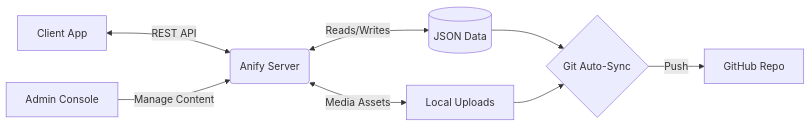
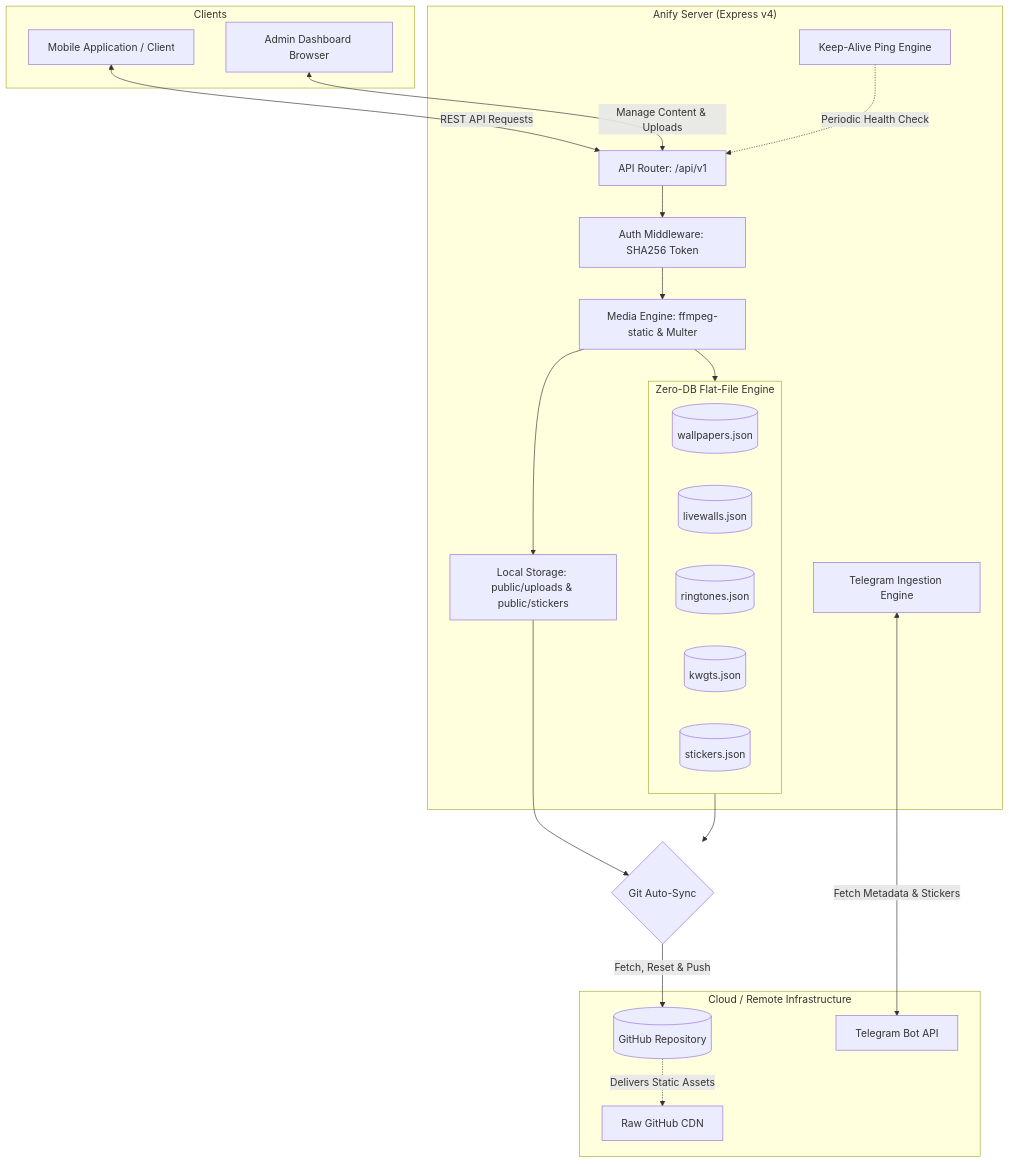
The first of 3 diagrams in README.md (satyakiran29/Anify_Server), drawn with Mermaid before and after one commit. The commit also changed other lines of this file and 1 other file, not shown here.

First line of the commit message:
Revamp README and update public/index.html

````diff
--- a/README.md
+++ b/README.md
@@ -46,13 +58,45 @@
 ```mermaid
-flowchart LR
-    Client[Client App] <-->|REST API| Server(Anify Server)
-    Admin[Admin Console] -->|Manage Content| Server
+flowchart TB
+    subgraph Clients
+        Mobile[Mobile Application / Client]
+        Admin[Admin Dashboard Browser]
+    end
+
+    subgraph Server["Anify Server (Express v4)"]
+        Router[API Router: /api/v1]
+        Auth[Auth Middleware: SHA256 Token]
+        MediaEngine[Media Engine: ffmpeg-static & Multer]
+        AutoFetch[Telegram Ingestion Engine]
+        KeepAlive[Keep-Alive Ping Engine]
+        
+        subgraph Storage["Zero-DB Flat-File Engine"]
+            WDB[(wallpapers.json)]
+            LDB[(livewalls.json)]
+            RDB[(ringtones.json)]
+            KDB[(kwgts.json)]
+            SDB[(stickers.json)]
+        end
+        
+        Uploads[Local Storage: public/uploads & public/stickers]
+    end
+
+    subgraph Remote["Cloud / Remote Infrastructure"]
+        GitHub[(GitHub Repository)]
+        CDN[Raw GitHub CDN]
+        TelegramAPI[Telegram Bot API]
+    end
+
+    Mobile <-->|REST API Requests| Router
+    Admin <-->|Manage Content & Uploads| Router
+    Router --> Auth
+    Auth --> MediaEngine
+    MediaEngine --> Storage
+    MediaEngine --> Uploads
+    AutoFetch <-->|Fetch Metadata & Stickers| TelegramAPI
     
-    Server <-->|Reads/Writes| Data[(JSON Data)]
-    Server <-->|Media Assets| Uploads[Local Uploads]
-    
-    Data --> Sync{Git Auto-Sync}
-    Uploads --> Sync
-    
-    Sync -->|Push| GitHub[GitHub Repo]
+    Storage --> SyncEngine{Git Auto-Sync}
+    Uploads --> SyncEngine
+    SyncEngine -->|Fetch, Reset & Push| GitHub
+    GitHub -.->|Delivers Static Assets| CDN
+    KeepAlive -.->|Periodic Health Check| Router
 ```
````
